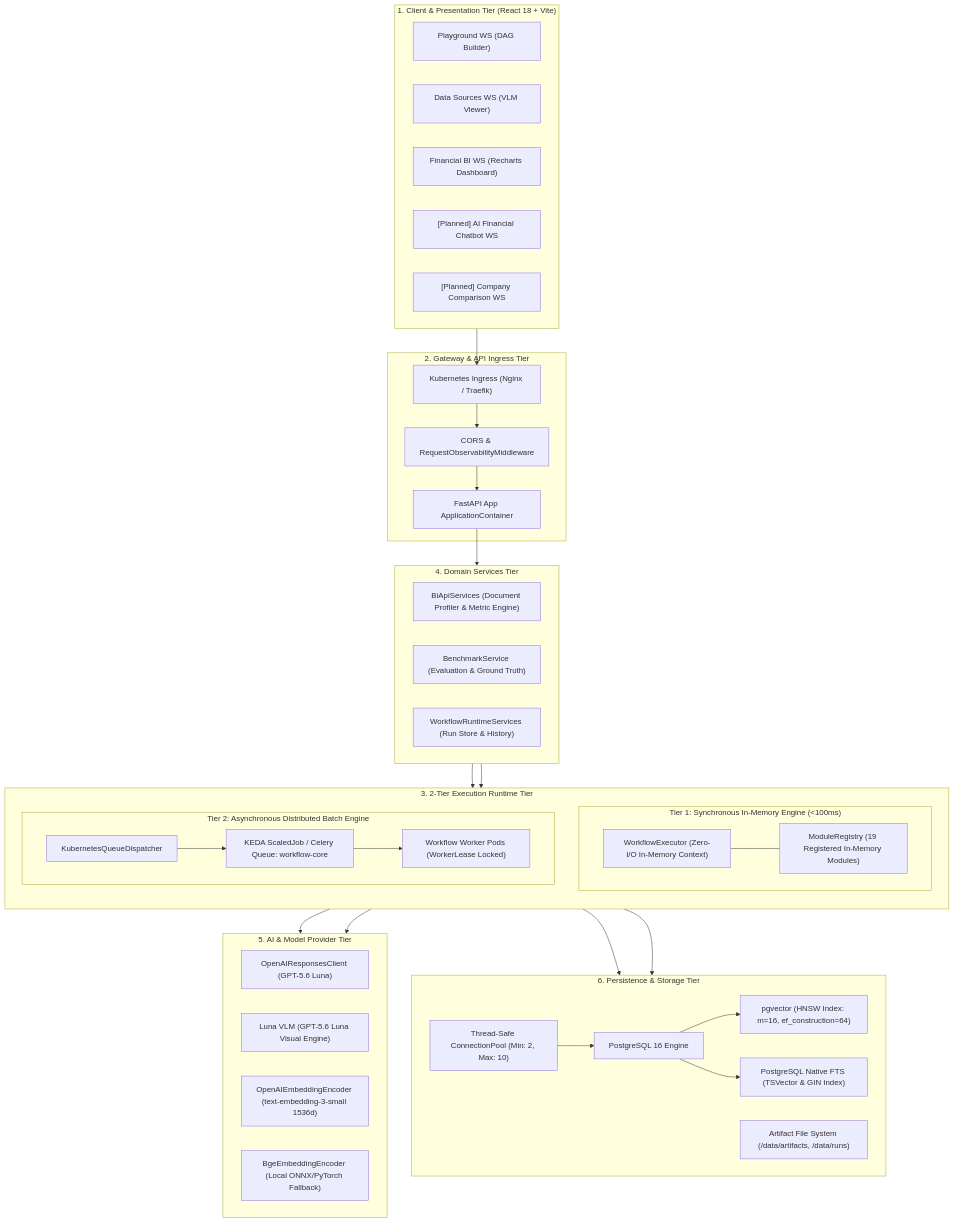
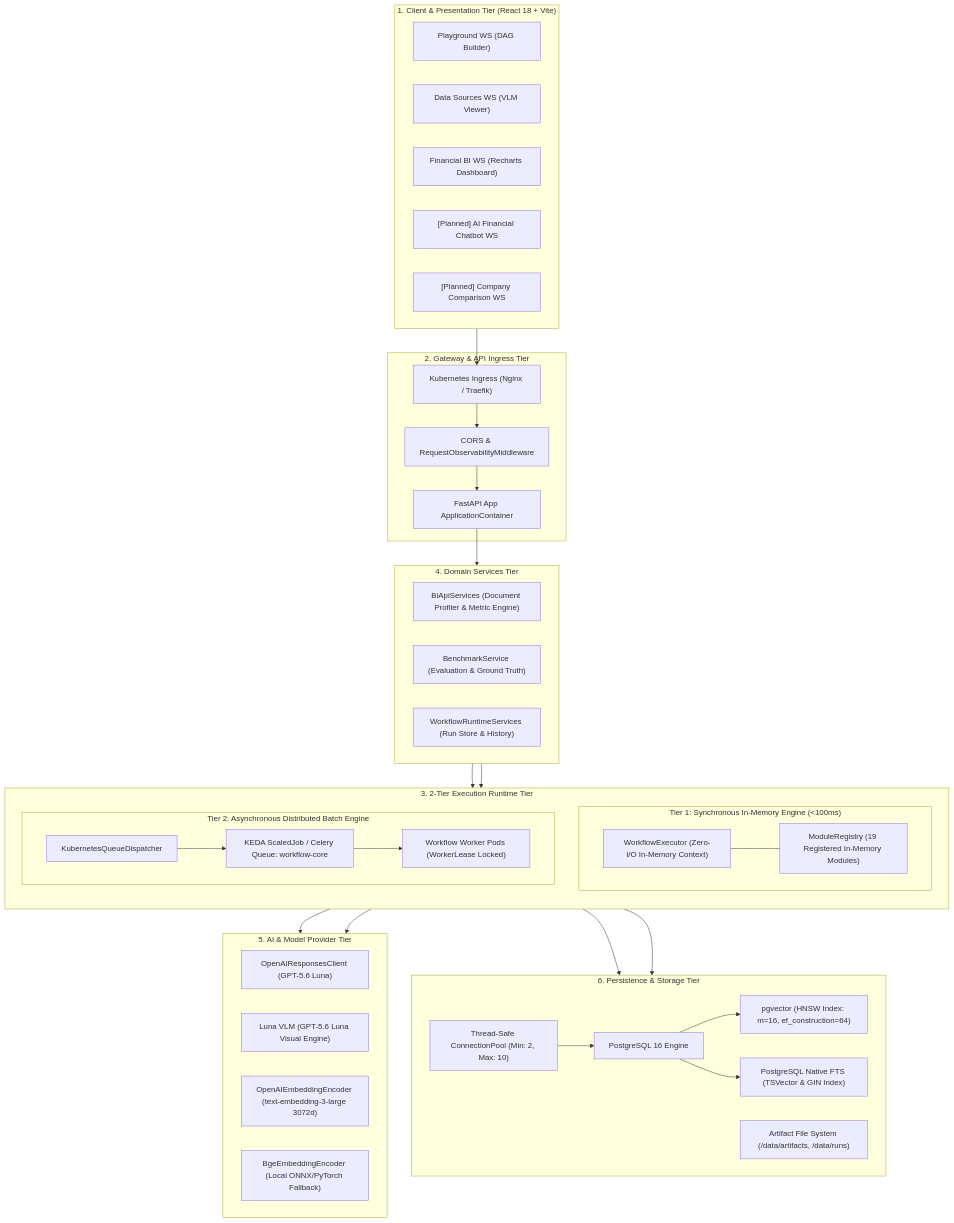
The first of 3 diagrams in docs/01_system_blueprints/BP-101_system_architecture_blueprint.md (bist-mini-final/bist-mini-final), drawn with Mermaid before and after one commit. The commit also changed 6 other files, not shown here.

````diff
--- a/docs/01_system_blueprints/BP-101_system_architecture_blueprint.md
+++ b/docs/01_system_blueprints/BP-101_system_architecture_blueprint.md
@@ -11,64 +11,64 @@
 ```mermaid
 flowchart TB
     subgraph ClientTier ["1. Client & Presentation Tier (React 18 + Vite)"]
         UI_PLAY["Playground WS (DAG Builder)"]
         UI_DS["Data Sources WS (VLM Viewer)"]
         UI_BI["Financial BI WS (Recharts Dashboard)"]
         UI_CHAT["[Planned] AI Financial Chatbot WS"]
         UI_COMP["[Planned] Company Comparison WS"]
     end
 
     subgraph GatewayTier ["2. Gateway & API Ingress Tier"]
         INGRESS["Kubernetes Ingress (Nginx / Traefik)"]
         CORS["CORS & RequestObservabilityMiddleware"]
         FASTAPI["FastAPI App ApplicationContainer"]
     end
 
     subgraph RuntimeTier ["3. 2-Tier Execution Runtime Tier"]
         direction TB
         subgraph Tier1 ["Tier 1: Synchronous In-Memory Engine (<100ms)"]
             T1_EXEC["WorkflowExecutor (Zero-I/O In-Memory Context)"]
             T1_REG["ModuleRegistry (19 Registered In-Memory Modules)"]
             T1_EXEC --- T1_REG
         end
         subgraph Tier2 ["Tier 2: Asynchronous Distributed Batch Engine"]
             K8S_DISP["KubernetesQueueDispatcher"]
             KEDA["KEDA ScaledJob / Celery Queue: workflow-core"]
             WORKER_POOL["Workflow Worker Pods (WorkerLease Locked)"]
             K8S_DISP --> KEDA --> WORKER_POOL
         end
     end
 
     subgraph ServiceDomain ["4. Domain Services Tier"]
         BI_SVC["BiApiServices (Document Profiler & Metric Engine)"]
         BM_SVC["BenchmarkService (Evaluation & Ground Truth)"]
         WF_SVC["WorkflowRuntimeServices (Run Store & History)"]
     end
 
     subgraph ProviderTier ["5. AI & Model Provider Tier"]
         OAI_LLM["OpenAIResponsesClient (GPT-5.6 Luna)"]
         OAI_VLM["Luna VLM (GPT-5.6 Luna Visual Engine)"]
-        OAI_EMB["OpenAIEmbeddingEncoder (text-embedding-3-small 1536d)"]
+        OAI_EMB["OpenAIEmbeddingEncoder (text-embedding-3-large 3072d)"]
         BGE_EMB["BgeEmbeddingEncoder (Local ONNX/PyTorch Fallback)"]
     end
 
     subgraph StorageTier ["6. Persistence & Storage Tier"]
         PG_POOL["Thread-Safe ConnectionPool (Min: 2, Max: 10)"]
         PG_CORE["PostgreSQL 16 Engine"]
         PG_VEC["pgvector (HNSW Index: m=16, ef_construction=64)"]
         PG_FTS["PostgreSQL Native FTS (TSVector & GIN Index)"]
         DISK_STORE["Artifact File System (/data/artifacts, /data/runs)"]
         PG_POOL --> PG_CORE
         PG_CORE --> PG_VEC
         PG_CORE --> PG_FTS
     end
 
     ClientTier --> INGRESS --> CORS --> FASTAPI
     FASTAPI --> ServiceDomain
     ServiceDomain --> Tier1
     ServiceDomain --> Tier2
     Tier1 --> ProviderTier
     Tier2 --> ProviderTier
     Tier1 --> StorageTier
     Tier2 --> StorageTier
 ```
````
